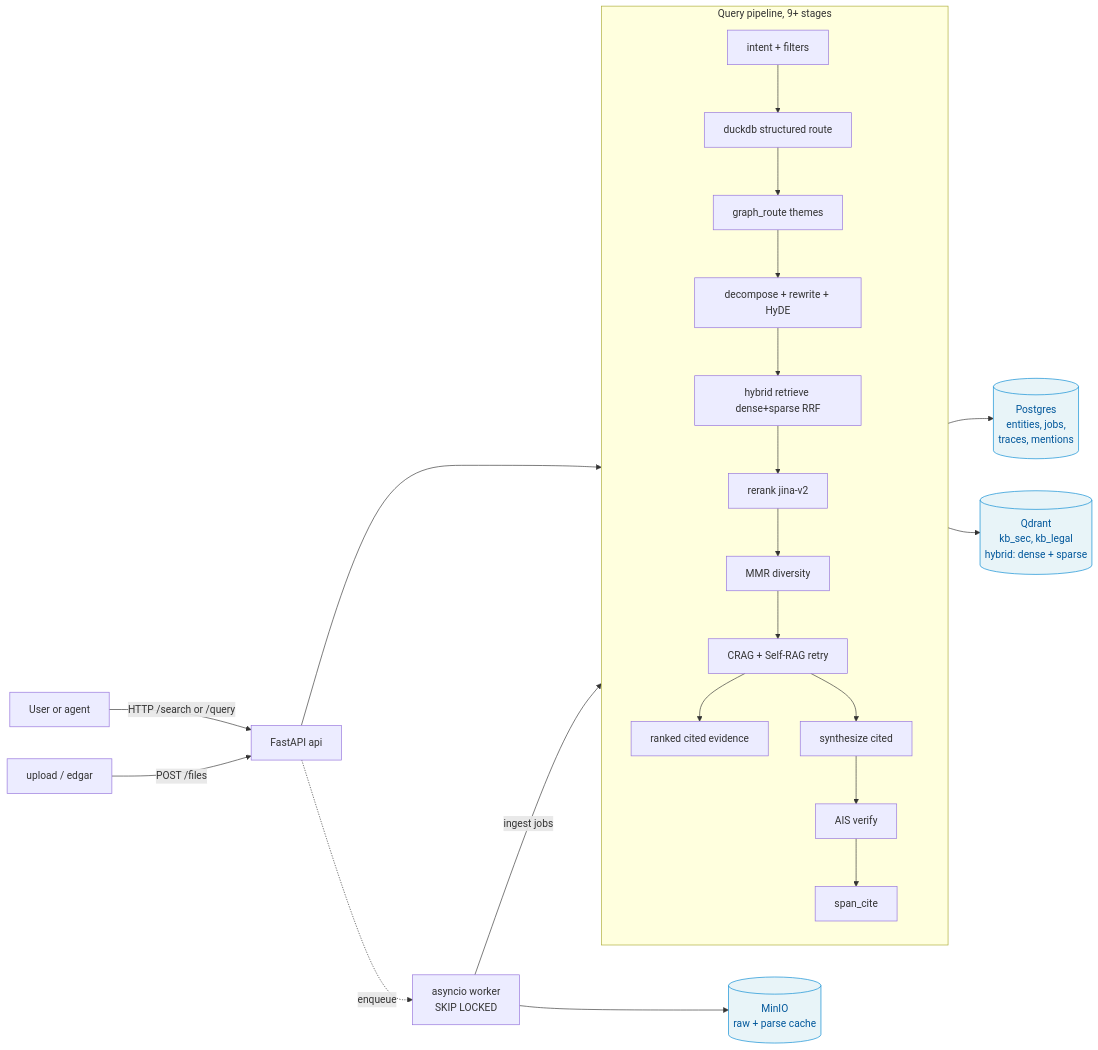
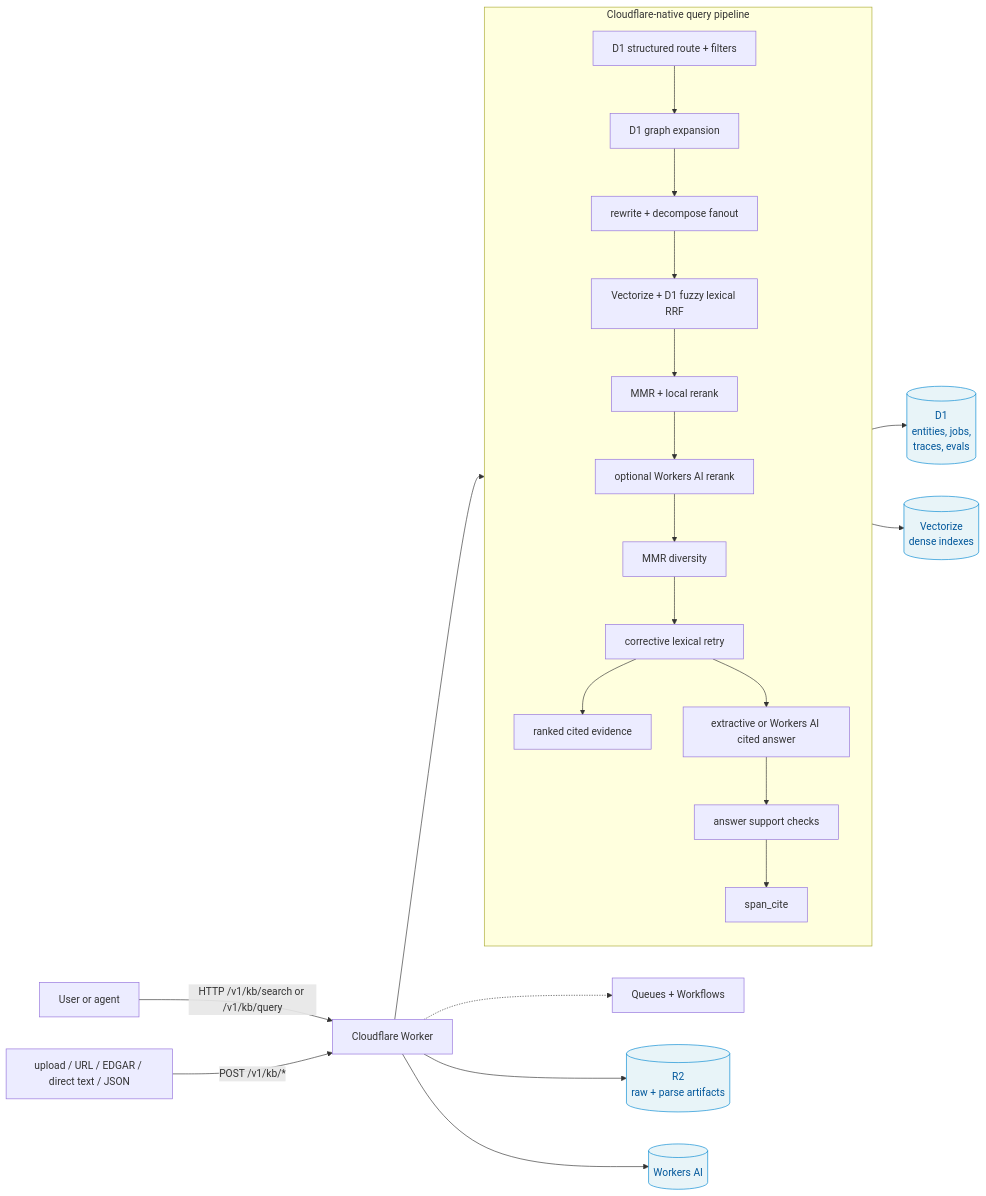
One commit to sarthak-fleet/knowledge-base changed the diagram in README.md. Above: the diagram before and after it, drawn with Mermaid. The commit also changed other lines of this file and 235 other files, not shown here.

First line of the commit message:
Complete Cloudflare full port; retire Python runtime and sibling rag-service

````diff
--- a/README.md
+++ b/README.md
@@ -75,31 +78,31 @@
 ```mermaid
 flowchart LR
-    User[User or agent] -->|HTTP /search or /query| API[FastAPI api]
-    API --> Pipeline
+    User[User or agent] -->|HTTP /v1/kb/search or /v1/kb/query| Worker[Cloudflare Worker]
+    Worker --> Pipeline
 
-    subgraph Pipeline[Query pipeline, 9+ stages]
+    subgraph Pipeline[Cloudflare-native query pipeline]
         direction TB
-        S1[intent + filters] --> S2[duckdb structured route]
-        S2 --> S3[graph_route themes]
-        S3 --> S4[decompose + rewrite + HyDE]
-        S4 --> S5[hybrid retrieve dense+sparse RRF]
-        S5 --> S6[rerank jina-v2]
+        S1[D1 structured route + filters] --> S2[D1 graph expansion]
+        S2 --> S3[rewrite + decompose fanout]
+        S3 --> S4[Vectorize + D1 fuzzy lexical RRF]
+        S4 --> S5[MMR + local rerank]
+        S5 --> S6[optional Workers AI rerank]
         S6 --> S7[MMR diversity]
-        S7 --> S8[CRAG + Self-RAG retry]
+        S7 --> S8[corrective lexical retry]
         S8 --> SearchOut[ranked cited evidence]
-        S8 --> S9[synthesize cited]
-        S9 --> S10[AIS verify]
+        S8 --> S9[extractive or Workers AI cited answer]
+        S9 --> S10[answer support checks]
         S10 --> S11[span_cite]
     end
 
-    Worker[asyncio worker<br/>SKIP LOCKED] -->|ingest jobs| Pipeline
-    Files[upload / edgar] -->|POST /files| API
-    API -.->|enqueue| Worker
+    Files[upload / URL / EDGAR / direct text / JSON] -->|POST /v1/kb/*| Worker
+    Worker -.-> Queue[Queues + Workflows]
 
-    Pipeline --> PG[(Postgres<br/>entities, jobs,<br/>traces, mentions)]
-    Pipeline --> Qdrant[(Qdrant<br/>kb_sec, kb_legal<br/>hybrid: dense + sparse)]
-    Worker --> MinIO[(MinIO<br/>raw + parse cache)]
+    Pipeline --> D1[(D1<br/>entities, jobs,<br/>traces, evals)]
+    Pipeline --> Vectorize[(Vectorize<br/>dense indexes)]
+    Worker --> R2[(R2<br/>raw + parse artifacts)]
+    Worker --> AI[(Workers AI)]
 
     classDef store fill:#e8f4f8,stroke:#0288d1,color:#01579b
-    class PG,Qdrant,MinIO store
+    class D1,Vectorize,R2,AI store
 ```
````
